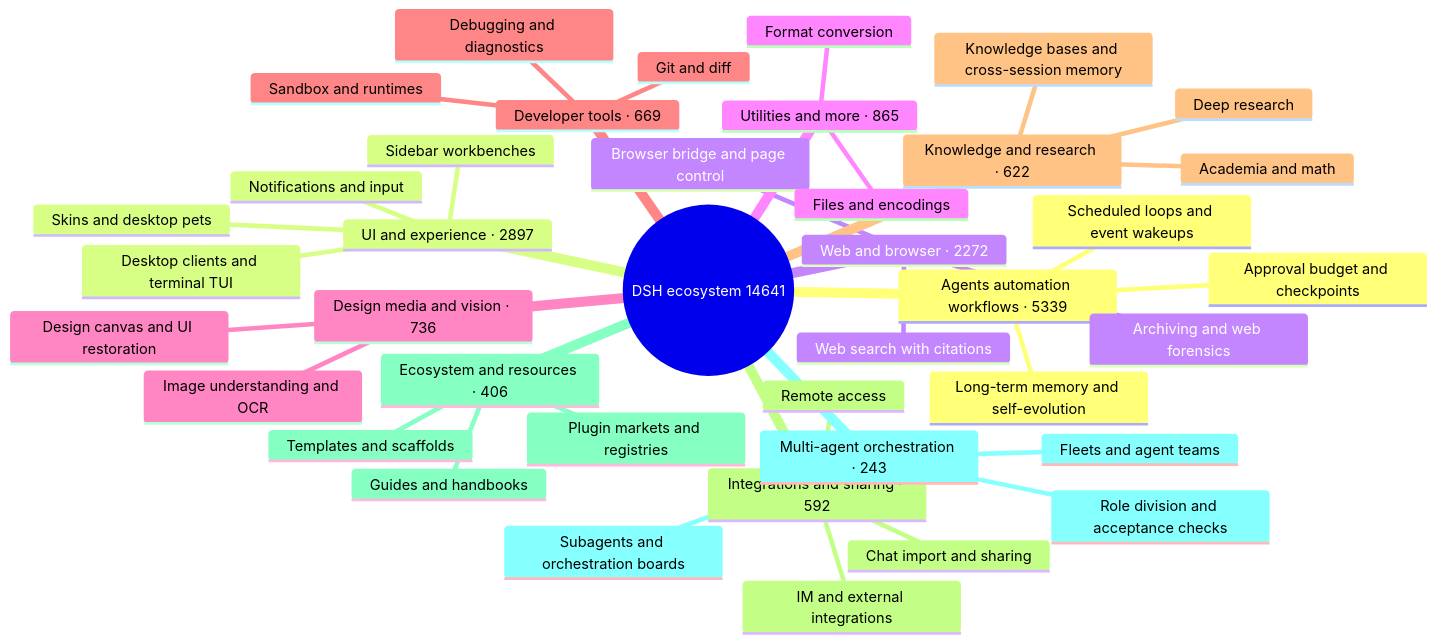
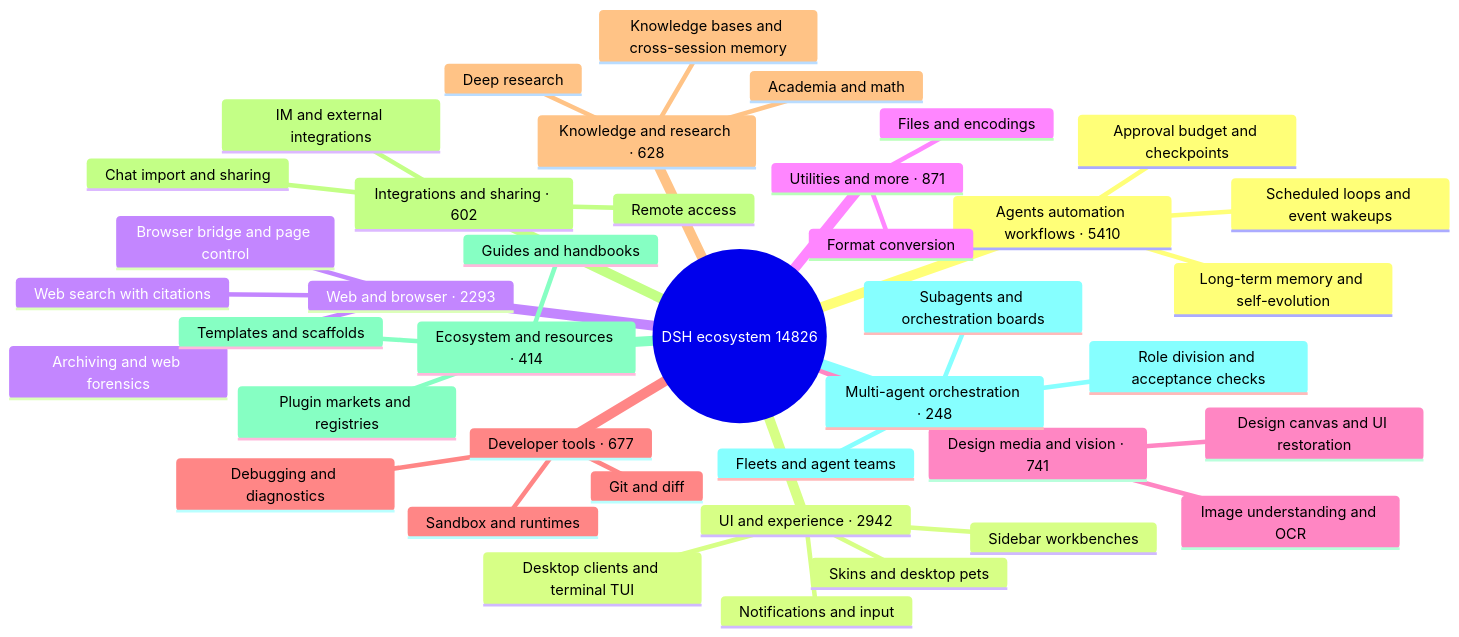
The diagram in README_EN.md (bruc3van/awesome-dsh-plugin), drawn with Mermaid before and after one commit. The commit also changed other lines of this file and 22 other files, not shown here.

````diff
--- a/README_EN.md
+++ b/README_EN.md
@@ -16,43 +16,43 @@
 ```mermaid
 mindmap
-  root((DSH ecosystem 14641))
-    Agents automation workflows · 5339
+  root((DSH ecosystem 14826))
+    Agents automation workflows · 5410
       Scheduled loops and event wakeups
       Long-term memory and self-evolution
       Approval budget and checkpoints
-    UI and experience · 2897
+    UI and experience · 2942
       Desktop clients and terminal TUI
       Sidebar workbenches
       Skins and desktop pets
       Notifications and input
-    Web and browser · 2272
+    Web and browser · 2293
       Browser bridge and page control
       Web search with citations
       Archiving and web forensics
-    Utilities and more · 865
+    Utilities and more · 871
       Files and encodings
       Format conversion
-    Design media and vision · 736
+    Design media and vision · 741
       Image understanding and OCR
       Design canvas and UI restoration
-    Developer tools · 669
+    Developer tools · 677
       Git and diff
       Sandbox and runtimes
       Debugging and diagnostics
-    Knowledge and research · 622
+    Knowledge and research · 628
       Knowledge bases and cross-session memory
       Deep research
       Academia and math
-    Integrations and sharing · 592
+    Integrations and sharing · 602
       Chat import and sharing
       Remote access
       IM and external integrations
-    Ecosystem and resources · 406
+    Ecosystem and resources · 414
       Plugin markets and registries
       Templates and scaffolds
       Guides and handbooks
-    Multi-agent orchestration · 243
+    Multi-agent orchestration · 248
       Subagents and orchestration boards
       Fleets and agent teams
       Role division and acceptance checks
 ```
````
